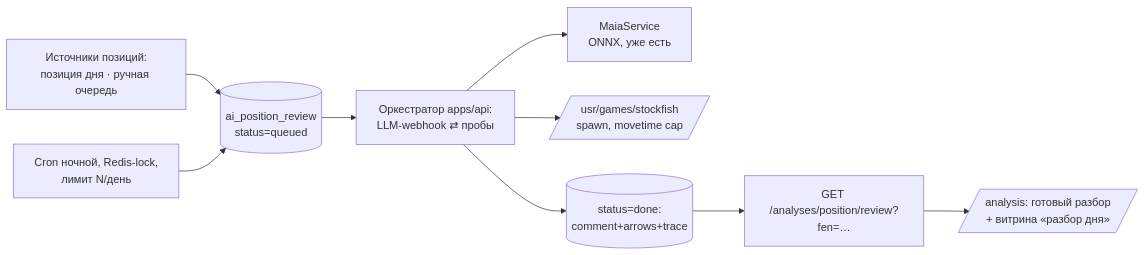
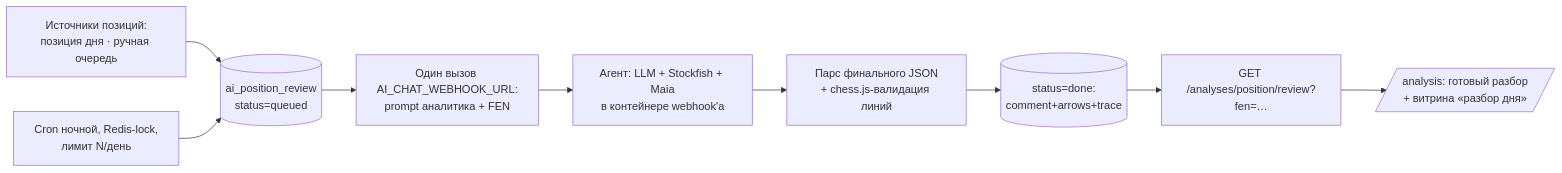
One commit to StasPiv/kingside changed the first of 2 diagrams in docs/adr/164-position-comment-with-variants-maia-sf.md. Above: the diagram before and after it, drawn with Mermaid. The commit also changed other lines of this file, not shown here.

Commit message:
KS-4941: ADR-164 rev4 — агентский webhook с движками у себя, один вызов; серверный цикл проб убран

````diff
--- a/docs/adr/164-position-comment-with-variants-maia-sf.md
+++ b/docs/adr/164-position-comment-with-variants-maia-sf.md
@@ -25,11 +26,11 @@
 ```mermaid
 flowchart LR
     SRC[Источники позиций:<br/>позиция дня · ручная очередь] --> Q[(ai_position_review<br/>status=queued)]
     CRON[Cron ночной, Redis-lock,<br/>лимит N/день] --> Q
-    Q --> ORC[Оркестратор apps/api:<br/>LLM-webhook ⇄ пробы]
-    ORC --> MAIA[MaiaService<br/>ONNX, уже есть]
-    ORC --> SF[/usr/games/stockfish<br/>spawn, movetime cap/]
-    ORC --> DONE[(status=done:<br/>comment+arrows+trace)]
+    Q --> CALL[Один вызов AI_CHAT_WEBHOOK_URL:<br/>prompt аналитика + FEN]
+    CALL --> AGENT[Агент: LLM + Stockfish + Maia<br/>в контейнере webhook'а]
+    AGENT --> PARSE[Парс финального JSON<br/>+ chess.js-валидация линий]
+    PARSE --> DONE[(status=done:<br/>comment+arrows+trace)]
     DONE --> API[GET /analyses/position/review?fen=…]
     API --> UI[/analysis: готовый разбор<br/>+ витрина «разбор дня»/]
 ```
````
